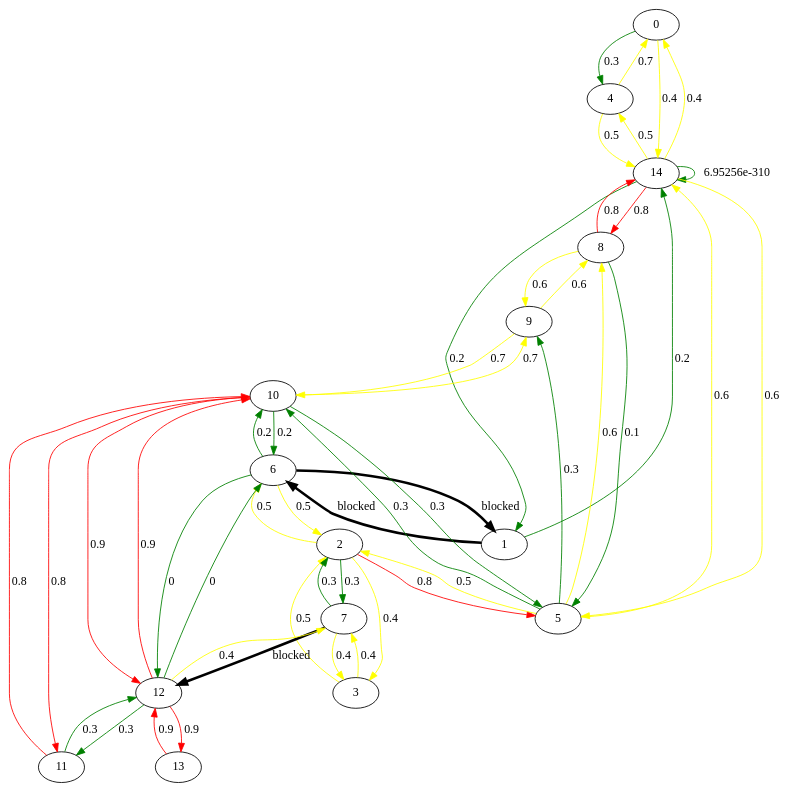
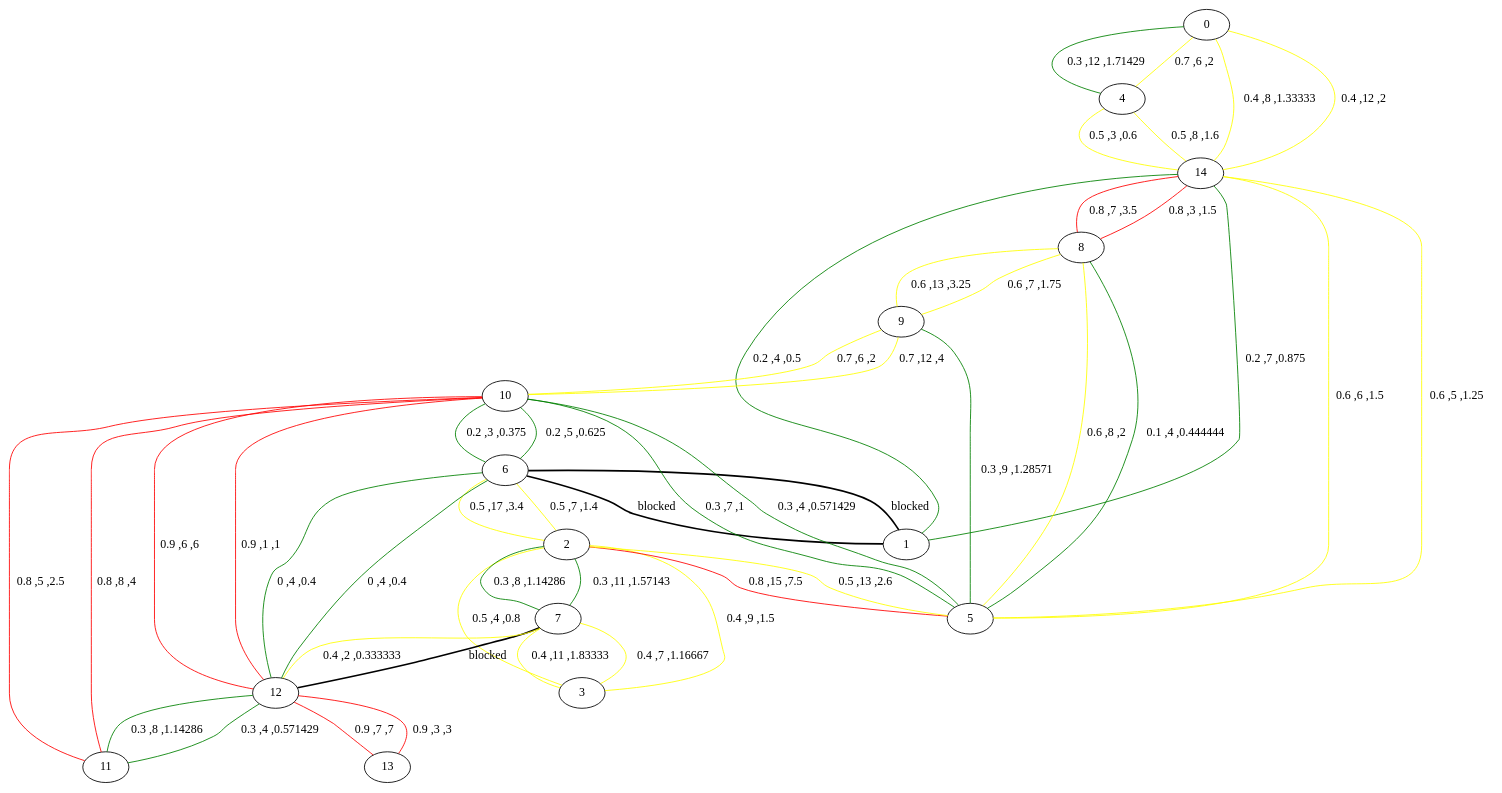
The diagram in output.dot (Code-with-ease/road-not-taken), drawn with Graphviz before and after one commit. The commit also changed 12 other files, not shown here.

```diff
--- a/output.dot
+++ b/output.dot
@@ -1,50 +1,49 @@
 digraph Test {
-0 -> 4[label="0.3",color= green, penwidth="1"];
-0 -> 14[label="0.4",color= yellow, penwidth="1"];
-1 -> 6[label="blocked",color= black, penwidth="3"];
-1 -> 14[label="0.2",color= green, penwidth="1"];
-2 -> 3[label="0.4",color= yellow, penwidth="1"];
-2 -> 5[label="0.8",color= red, penwidth="1"];
-2 -> 6[label="0.5",color= yellow, penwidth="1"];
-2 -> 7[label="0.3",color= green, penwidth="1"];
-3 -> 2[label="0.5",color= yellow, penwidth="1"];
-3 -> 7[label="0.4",color= yellow, penwidth="1"];
-4 -> 0[label="0.7",color= yellow, penwidth="1"];
-4 -> 14[label="0.5",color= yellow, penwidth="1"];
-5 -> 2[label="0.5",color= yellow, penwidth="1"];
-5 -> 8[label="0.6",color= yellow, penwidth="1"];
-5 -> 9[label="0.3",color= green, penwidth="1"];
-5 -> 10[label="0.3",color= green, penwidth="1"];
-5 -> 14[label="0.6",color= yellow, penwidth="1"];
-6 -> 1[label="blocked",color= black, penwidth="3"];
-6 -> 2[label="0.5",color= yellow, penwidth="1"];
-6 -> 10[label="0.2",color= green, penwidth="1"];
-6 -> 12[label="0",color= green, penwidth="1"];
-7 -> 2[label="0.3",color= green, penwidth="1"];
-7 -> 3[label="0.4",color= yellow, penwidth="1"];
-7 -> 12[label="blocked",color= black, penwidth="3"];
-8 -> 5[label="0.1",color= green, penwidth="1"];
-8 -> 9[label="0.6",color= yellow, penwidth="1"];
-8 -> 14[label="0.8",color= red, penwidth="1"];
-9 -> 8[label="0.6",color= yellow, penwidth="1"];
-9 -> 10[label="0.7",color= yellow, penwidth="1"];
-10 -> 5[label="0.3",color= green, penwidth="1"];
-10 -> 6[label="0.2",color= green, penwidth="1"];
-10 -> 9[label="0.7",color= yellow, penwidth="1"];
-10 -> 11[label="0.8",color= red, penwidth="1"];
-10 -> 12[label="0.9",color= red, penwidth="1"];
-11 -> 10[label="0.8",color= red, penwidth="1"];
-11 -> 12[label="0.3",color= green, penwidth="1"];
-12 -> 6[label="0",color= green, penwidth="1"];
-12 -> 7[label="0.4",color= yellow, penwidth="1"];
-12 -> 10[label="0.9",color= red, penwidth="1"];
-12 -> 11[label="0.3",color= green, penwidth="1"];
-12 -> 13[label="0.9",color= red, penwidth="1"];
-13 -> 12[label="0.9",color= red, penwidth="1"];
-14 -> 0[label="0.4",color= yellow, penwidth="1"];
-14 -> 1[label="0.2",color= green, penwidth="1"];
-14 -> 4[label="0.5",color= yellow, penwidth="1"];
-14 -> 5[label="0.6",color= yellow, penwidth="1"];
-14 -> 8[label="0.8",color= red, penwidth="1"];
-14 -> 14[label="6.95256e-310",color= green, penwidth="1"];
+0 -> 4[dir=none, label="0.3 ,12 ,1.71429",color= green, penwidth="1"];
+0 -> 14[dir=none, label="0.4 ,8 ,1.33333",color= yellow, penwidth="1"];
+1 -> 6[dir=none, label="blocked",color= black, penwidth="2"];
+1 -> 14[dir=none, label="0.2 ,7 ,0.875",color= green, penwidth="1"];
+2 -> 3[dir=none, label="0.4 ,9 ,1.5",color= yellow, penwidth="1"];
+2 -> 5[dir=none, label="0.8 ,15 ,7.5",color= red, penwidth="1"];
+2 -> 6[dir=none, label="0.5 ,17 ,3.4",color= yellow, penwidth="1"];
+2 -> 7[dir=none, label="0.3 ,11 ,1.57143",color= green, penwidth="1"];
+3 -> 2[dir=none, label="0.5 ,4 ,0.8",color= yellow, penwidth="1"];
+3 -> 7[dir=none, label="0.4 ,7 ,1.16667",color= yellow, penwidth="1"];
+4 -> 0[dir=none, label="0.7 ,6 ,2",color= yellow, penwidth="1"];
+4 -> 14[dir=none, label="0.5 ,3 ,0.6",color= yellow, penwidth="1"];
+5 -> 2[dir=none, label="0.5 ,13 ,2.6",color= yellow, penwidth="1"];
+5 -> 8[dir=none, label="0.6 ,8 ,2",color= yellow, penwidth="1"];
+5 -> 9[dir=none, label="0.3 ,9 ,1.28571",color= green, penwidth="1"];
+5 -> 10[dir=none, label="0.3 ,7 ,1",color= green, penwidth="1"];
+5 -> 14[dir=none, label="0.6 ,6 ,1.5",color= yellow, penwidth="1"];
+6 -> 1[dir=none, label="blocked",color= black, penwidth="2"];
+6 -> 2[dir=none, label="0.5 ,7 ,1.4",color= yellow, penwidth="1"];
+6 -> 10[dir=none, label="0.2 ,3 ,0.375",color= green, penwidth="1"];
+6 -> 12[dir=none, label="0 ,4 ,0.4",color= green, penwidth="1"];
+7 -> 2[dir=none, label="0.3 ,8 ,1.14286",color= green, penwidth="1"];
+7 -> 3[dir=none, label="0.4 ,11 ,1.83333",color= yellow, penwidth="1"];
+7 -> 12[dir=none, label="blocked",color= black, penwidth="2"];
+8 -> 5[dir=none, label="0.1 ,4 ,0.444444",color= green, penwidth="1"];
+8 -> 9[dir=none, label="0.6 ,13 ,3.25",color= yellow, penwidth="1"];
+8 -> 14[dir=none, label="0.8 ,7 ,3.5",color= red, penwidth="1"];
+9 -> 8[dir=none, label="0.6 ,7 ,1.75",color= yellow, penwidth="1"];
+9 -> 10[dir=none, label="0.7 ,6 ,2",color= yellow, penwidth="1"];
+10 -> 5[dir=none, label="0.3 ,4 ,0.571429",color= green, penwidth="1"];
+10 -> 6[dir=none, label="0.2 ,5 ,0.625",color= green, penwidth="1"];
+10 -> 9[dir=none, label="0.7 ,12 ,4",color= yellow, penwidth="1"];
+10 -> 11[dir=none, label="0.8 ,8 ,4",color= red, penwidth="1"];
+10 -> 12[dir=none, label="0.9 ,6 ,6",color= red, penwidth="1"];
+11 -> 10[dir=none, label="0.8 ,5 ,2.5",color= red, penwidth="1"];
+11 -> 12[dir=none, label="0.3 ,8 ,1.14286",color= green, penwidth="1"];
+12 -> 6[dir=none, label="0 ,4 ,0.4",color= green, penwidth="1"];
+12 -> 7[dir=none, label="0.4 ,2 ,0.333333",color= yellow, penwidth="1"];
+12 -> 10[dir=none, label="0.9 ,1 ,1",color= red, penwidth="1"];
+12 -> 11[dir=none, label="0.3 ,4 ,0.571429",color= green, penwidth="1"];
+12 -> 13[dir=none, label="0.9 ,3 ,3",color= red, penwidth="1"];
+13 -> 12[dir=none, label="0.9 ,7 ,7",color= red, penwidth="1"];
+14 -> 0[dir=none, label="0.4 ,12 ,2",color= yellow, penwidth="1"];
+14 -> 1[dir=none, label="0.2 ,4 ,0.5",color= green, penwidth="1"];
+14 -> 4[dir=none, label="0.5 ,8 ,1.6",color= yellow, penwidth="1"];
+14 -> 5[dir=none, label="0.6 ,5 ,1.25",color= yellow, penwidth="1"];
+14 -> 8[dir=none, label="0.8 ,3 ,1.5",color= red, penwidth="1"];
 }
```
